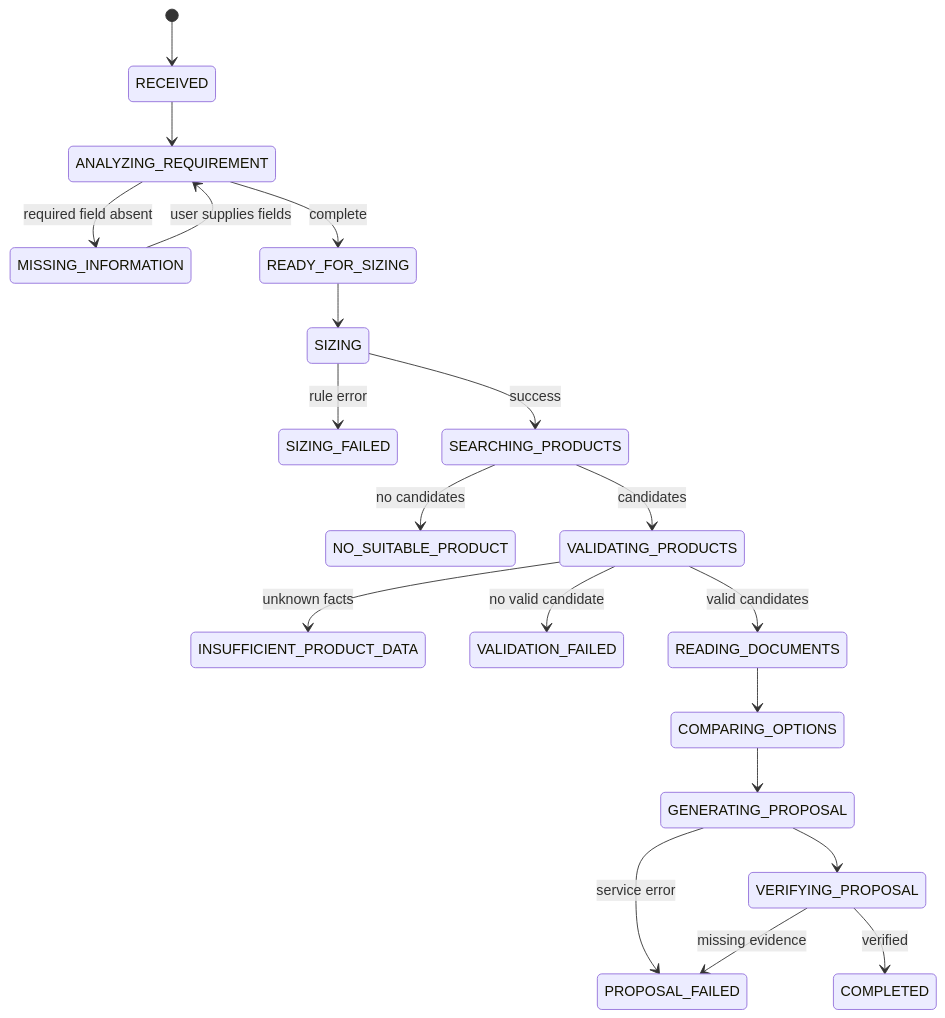
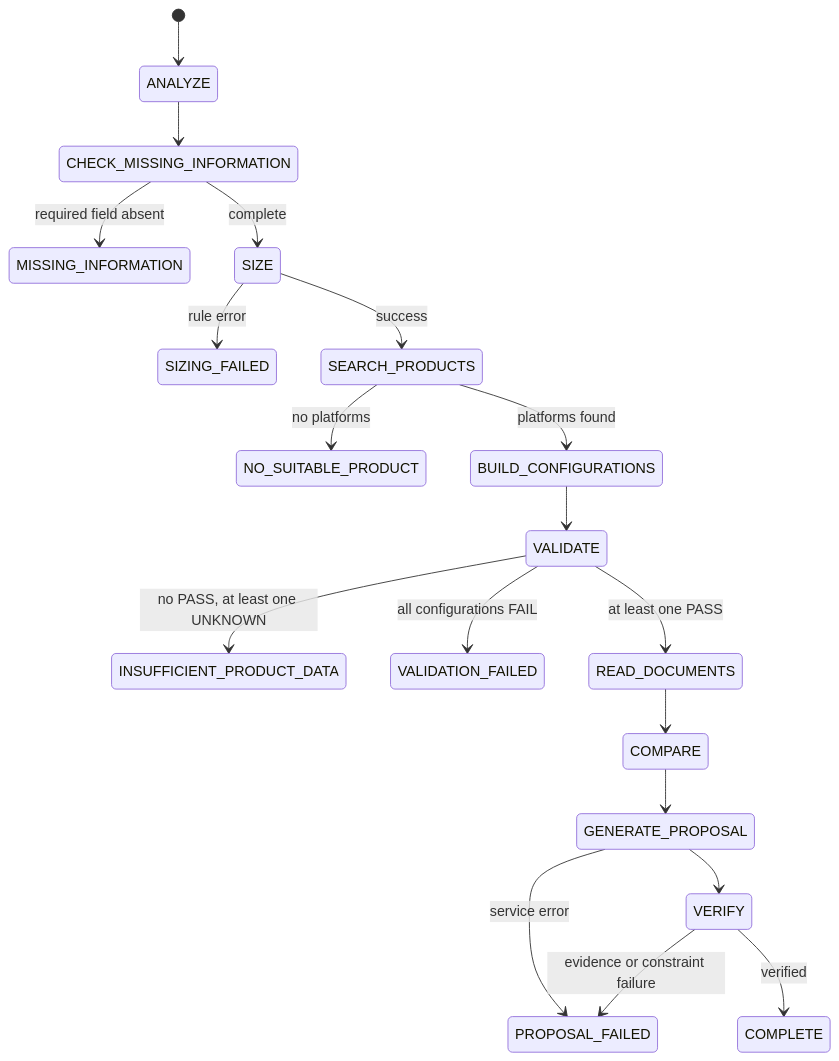
Before and after one commit to CmKings173/lab-demo: the diagram in docs/04-lab3-workflow.md, drawn with Mermaid. The commit also changed other lines of this file and 9 other files, not shown here.

Commit message:
docs: align hardened foundation architecture

````diff
--- a/docs/04-lab3-workflow.md
+++ b/docs/04-lab3-workflow.md
@@ -3,22 +3,21 @@
 ```mermaid
 stateDiagram-v2
-  [*] --> RECEIVED
-  RECEIVED --> ANALYZING_REQUIREMENT
-  ANALYZING_REQUIREMENT --> MISSING_INFORMATION: required field absent
-  ANALYZING_REQUIREMENT --> READY_FOR_SIZING: complete
-  MISSING_INFORMATION --> ANALYZING_REQUIREMENT: user supplies fields
-  READY_FOR_SIZING --> SIZING
-  SIZING --> SIZING_FAILED: rule error
-  SIZING --> SEARCHING_PRODUCTS: success
-  SEARCHING_PRODUCTS --> NO_SUITABLE_PRODUCT: no candidates
-  SEARCHING_PRODUCTS --> VALIDATING_PRODUCTS: candidates
-  VALIDATING_PRODUCTS --> INSUFFICIENT_PRODUCT_DATA: unknown facts
-  VALIDATING_PRODUCTS --> VALIDATION_FAILED: no valid candidate
-  VALIDATING_PRODUCTS --> READING_DOCUMENTS: valid candidates
-  READING_DOCUMENTS --> COMPARING_OPTIONS
-  COMPARING_OPTIONS --> GENERATING_PROPOSAL
-  GENERATING_PROPOSAL --> PROPOSAL_FAILED: service error
-  GENERATING_PROPOSAL --> VERIFYING_PROPOSAL
-  VERIFYING_PROPOSAL --> PROPOSAL_FAILED: missing evidence
-  VERIFYING_PROPOSAL --> COMPLETED: verified
+  [*] --> ANALYZE
+  ANALYZE --> CHECK_MISSING_INFORMATION
+  CHECK_MISSING_INFORMATION --> MISSING_INFORMATION: required field absent
+  CHECK_MISSING_INFORMATION --> SIZE: complete
+  SIZE --> SIZING_FAILED: rule error
+  SIZE --> SEARCH_PRODUCTS: success
+  SEARCH_PRODUCTS --> NO_SUITABLE_PRODUCT: no platforms
+  SEARCH_PRODUCTS --> BUILD_CONFIGURATIONS: platforms found
+  BUILD_CONFIGURATIONS --> VALIDATE
+  VALIDATE --> INSUFFICIENT_PRODUCT_DATA: no PASS, at least one UNKNOWN
+  VALIDATE --> VALIDATION_FAILED: all configurations FAIL
+  VALIDATE --> READ_DOCUMENTS: at least one PASS
+  READ_DOCUMENTS --> COMPARE
+  COMPARE --> GENERATE_PROPOSAL
+  GENERATE_PROPOSAL --> PROPOSAL_FAILED: service error
+  GENERATE_PROPOSAL --> VERIFY
+  VERIFY --> PROPOSAL_FAILED: evidence or constraint failure
+  VERIFY --> COMPLETE: verified
 ```
````
